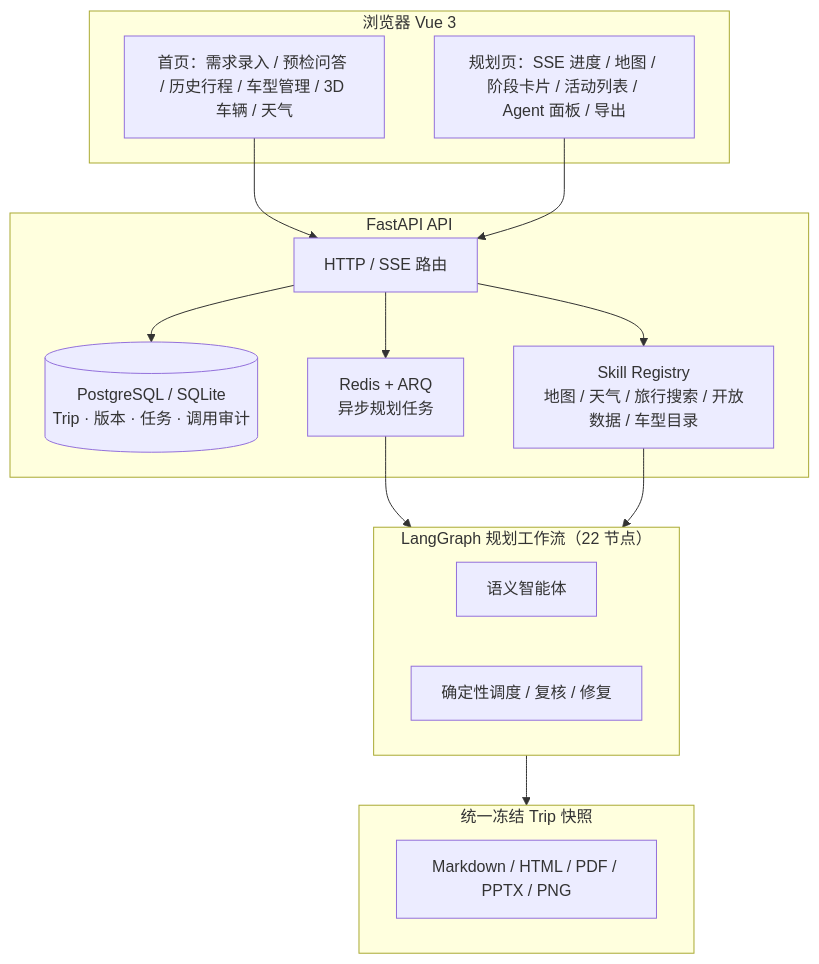
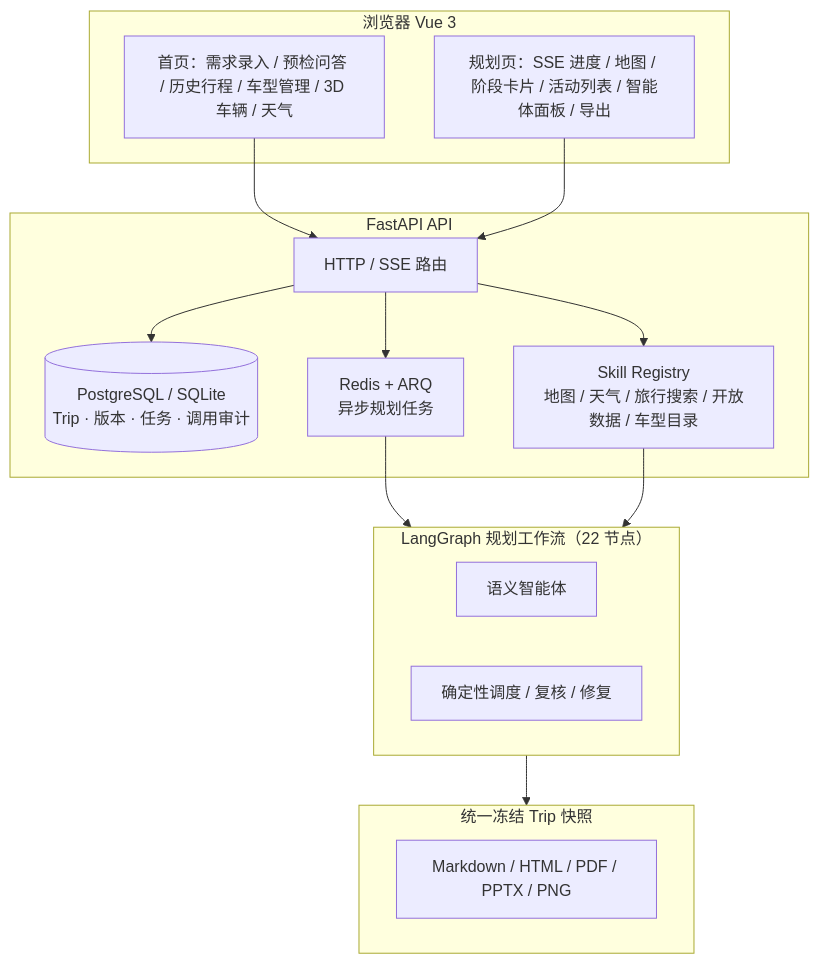
The diagram in README.md (pigz2538/RoadMan-Public), drawn with Mermaid before and after one commit. The commit also changed other lines of this file and 40 other files, not shown here.

````diff
--- a/README.md
+++ b/README.md
@@ -163,32 +163,32 @@
 ```mermaid
 flowchart TB
     subgraph Browser["浏览器 Vue 3"]
         H["首页：需求录入 / 预检问答 / 历史行程 / 车型管理 / 3D 车辆 / 天气"]
-        P["规划页：SSE 进度 / 地图 / 阶段卡片 / 活动列表 / Agent 面板 / 导出"]
+        P["规划页：SSE 进度 / 地图 / 阶段卡片 / 活动列表 / 智能体面板 / 导出"]
     end
 
     subgraph API["FastAPI API"]
         R["HTTP / SSE 路由"]
         DB[("PostgreSQL / SQLite<br/>Trip · 版本 · 任务 · 调用审计")]
         Q["Redis + ARQ<br/>异步规划任务"]
         SK["Skill Registry<br/>地图 / 天气 / 旅行搜索 / 开放数据 / 车型目录"]
     end
 
     subgraph Workflow["LangGraph 规划工作流（22 节点）"]
         S["语义智能体"]
         D["确定性调度 / 复核 / 修复"]
     end
 
     subgraph Export["统一冻结 Trip 快照"]
         E["Markdown / HTML / PDF / PPTX / PNG"]
     end
 
     H --> R
     P --> R
     R --> DB
     R --> Q
     R --> SK
     Q --> Workflow
     SK --> Workflow
     Workflow --> Export
 ```
````
